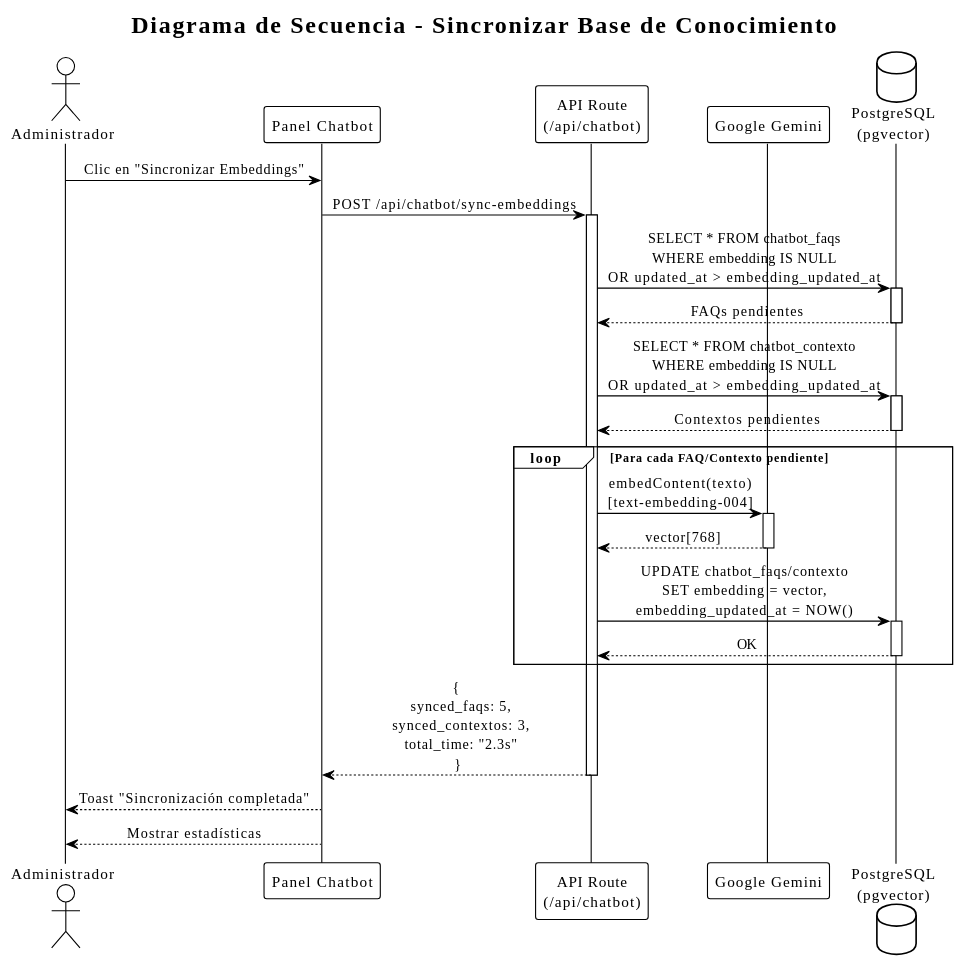
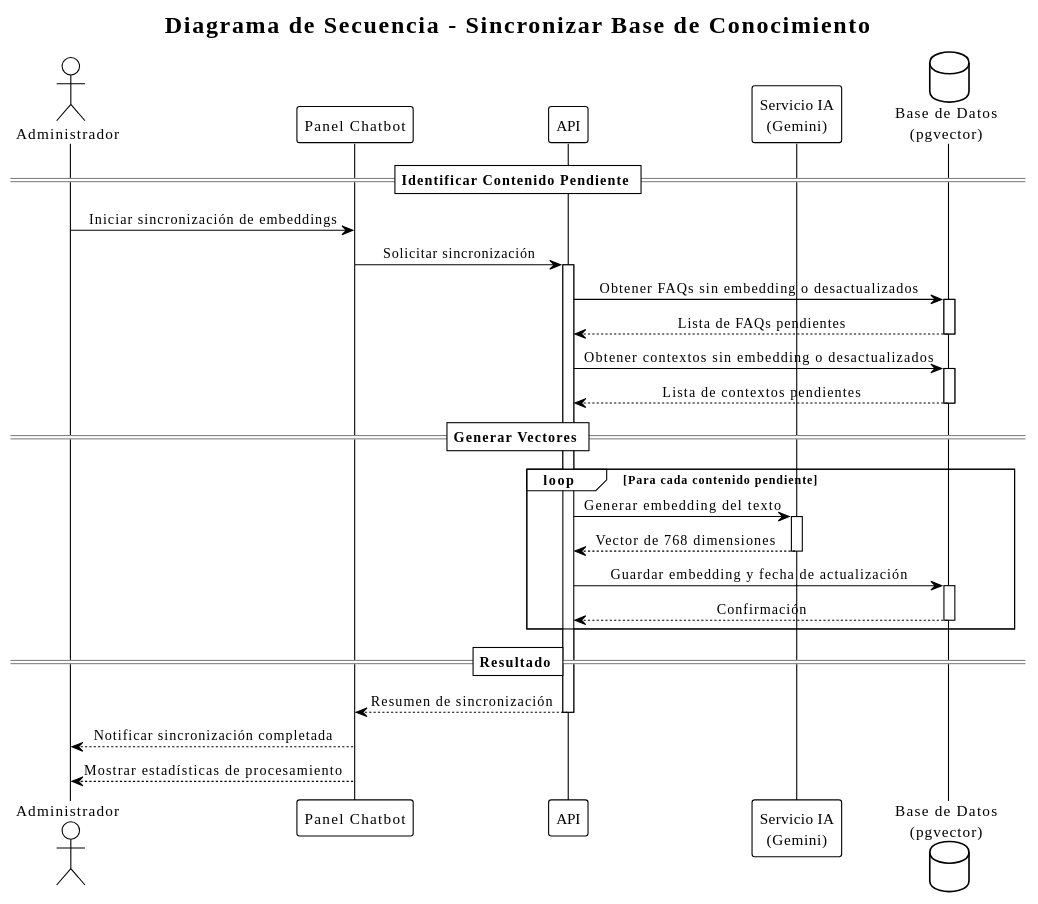
One commit to RDaniloMM/dental-company changed the seventh of 10 diagrams in DIAGRAMAS_UML.md. Above: the diagram before and after it, drawn with PlantUML. The commit also changed other lines of this file, not shown here.

Commit message:
Actualizar diagramas de secuencia: mejorar títulos, descripciones y formato en la recuperación de contraseña, interacción con chatbot y registro con código de invitación.

````diff
--- a/DIAGRAMAS_UML.md
+++ b/DIAGRAMAS_UML.md
@@ -672,47 +723,53 @@
 ```plantuml
 @startuml Secuencia_Sync_Embeddings
 !theme plain
 skinparam sequenceMessageAlign center
 
 title Diagrama de Secuencia - Sincronizar Base de Conocimiento
 
 actor "Administrador" as Admin
 participant "Panel Chatbot" as Panel
-participant "API Route\n(/api/chatbot)" as API
-participant "Google Gemini" as Gemini
-database "PostgreSQL\n(pgvector)" as DB
+participant "API" as API
+participant "Servicio IA\n(Gemini)" as Gemini
+database "Base de Datos\n(pgvector)" as DB
 
-Admin -> Panel: Clic en "Sincronizar Embeddings"
-Panel -> API: POST /api/chatbot/sync-embeddings
+== Identificar Contenido Pendiente ==
+
+Admin -> Panel: Iniciar sincronización de embeddings
+Panel -> API: Solicitar sincronización
 activate API
 
-API -> DB: SELECT * FROM chatbot_faqs\nWHERE embedding IS NULL\nOR updated_at > embedding_updated_at
+API -> DB: Obtener FAQs sin embedding o desactualizados
 activate DB
-DB --> API: FAQs pendientes
+DB --> API: Lista de FAQs pendientes
 deactivate DB
 
-API -> DB: SELECT * FROM chatbot_contexto\nWHERE embedding IS NULL\nOR updated_at > embedding_updated_at
+API -> DB: Obtener contextos sin embedding o desactualizados
 activate DB
-DB --> API: Contextos pendientes
+DB --> API: Lista de contextos pendientes
 deactivate DB
 
-loop Para cada FAQ/Contexto pendiente
-    API -> Gemini: embedContent(texto)\n[text-embedding-004]
+== Generar Vectores ==
+
+loop Para cada contenido pendiente
+    API -> Gemini: Generar embedding del texto
     activate Gemini
-    Gemini --> API: vector[768]
+    Gemini --> API: Vector de 768 dimensiones
     deactivate Gemini
 
-    API -> DB: UPDATE chatbot_faqs/contexto\nSET embedding = vector,\nembedding_updated_at = NOW()
+    API -> DB: Guardar embedding y fecha de actualización
     activate DB
-    DB --> API: OK
+    DB --> API: Confirmación
     deactivate DB
 end
 
-API --> Panel: { \n  synced_faqs: 5,\n  synced_contextos: 3,\n  total_time: "2.3s"\n}
+== Resultado ==
+
+API --> Panel: Resumen de sincronización
 deactivate API
 
-Panel --> Admin: Toast "Sincronización completada"
-Panel --> Admin: Mostrar estadísticas
+Panel --> Admin: Notificar sincronización completada
+Panel --> Admin: Mostrar estadísticas de procesamiento
 
 @enduml
 ```
````
